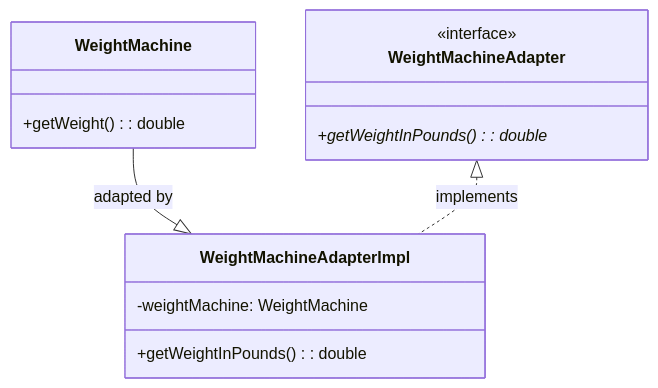
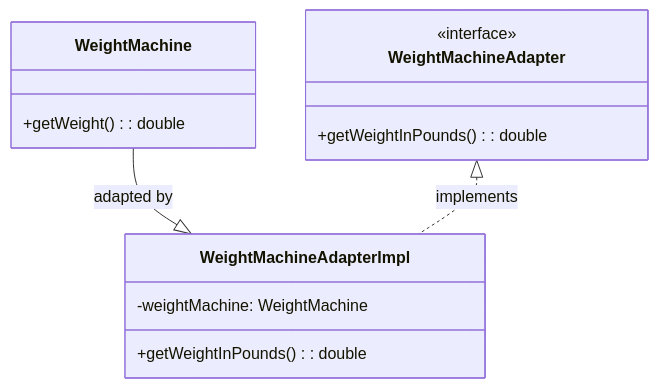
One commit to shahbaz8584/low-level-design changed the diagram in LLD/DesignPattern/StructuralDesign/AdapterDesignPattern/UML/ClassDiagram.md. Above: the diagram before and after it, drawn with Mermaid. The commit also changed 4393 other files, not shown here.

Commit message:
docs: regenerate PDF with SVG diagrams and add pattern references

````diff
--- a/LLD/DesignPattern/StructuralDesign/AdapterDesignPattern/UML/ClassDiagram.md
+++ b/LLD/DesignPattern/StructuralDesign/AdapterDesignPattern/UML/ClassDiagram.md
@@ -3,19 +3,19 @@
 ```mermaid
 classDiagram
     class WeightMachine {
         +getWeight(): double
     }
-    
+
     class WeightMachineAdapter {
         <<interface>>
-        +getWeightInPounds(): double*
+        +getWeightInPounds(): double
     }
-    
+
     class WeightMachineAdapterImpl {
         -weightMachine: WeightMachine
         +getWeightInPounds(): double
     }
-    
+
     WeightMachine --|> WeightMachineAdapterImpl: adapted by
     WeightMachineAdapter <|.. WeightMachineAdapterImpl: implements
 ```
````
